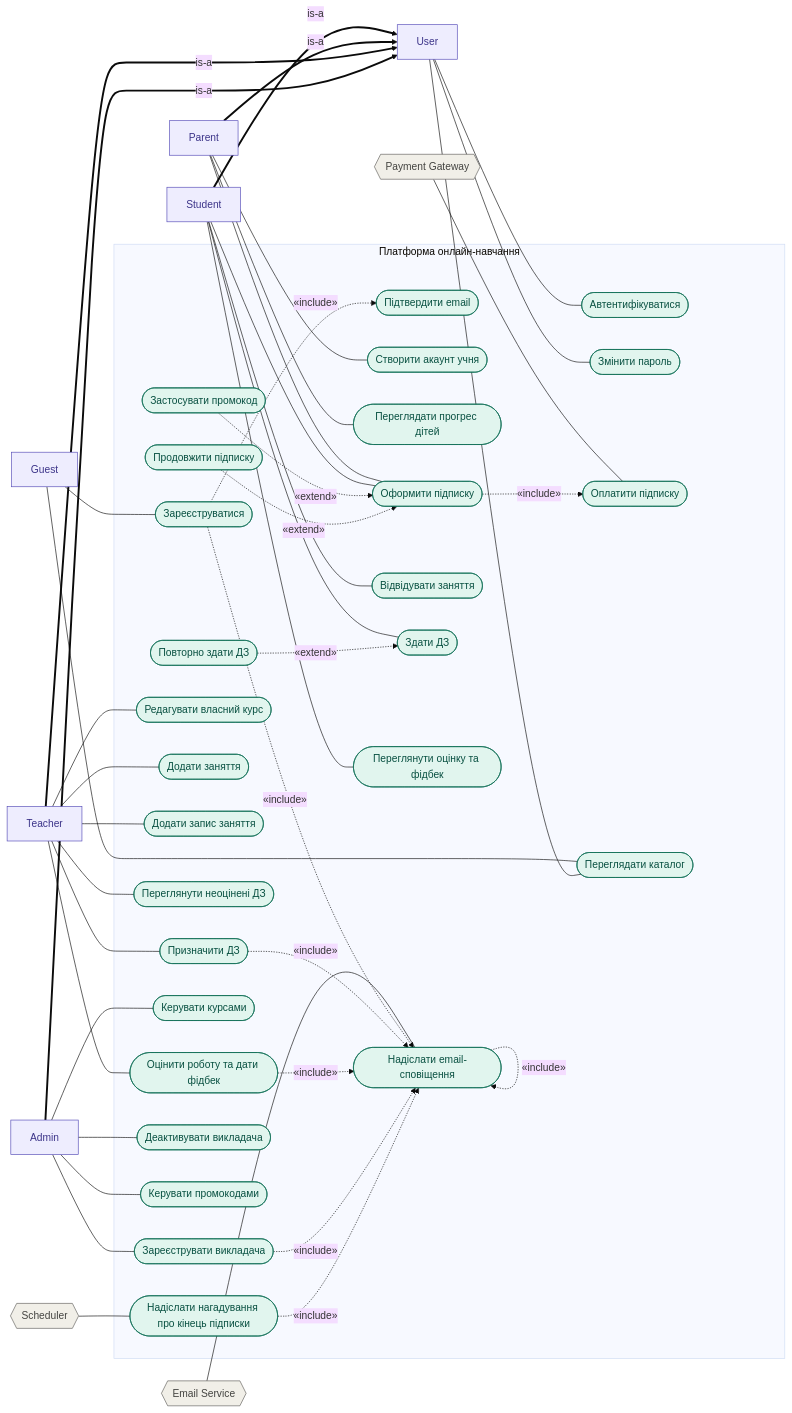
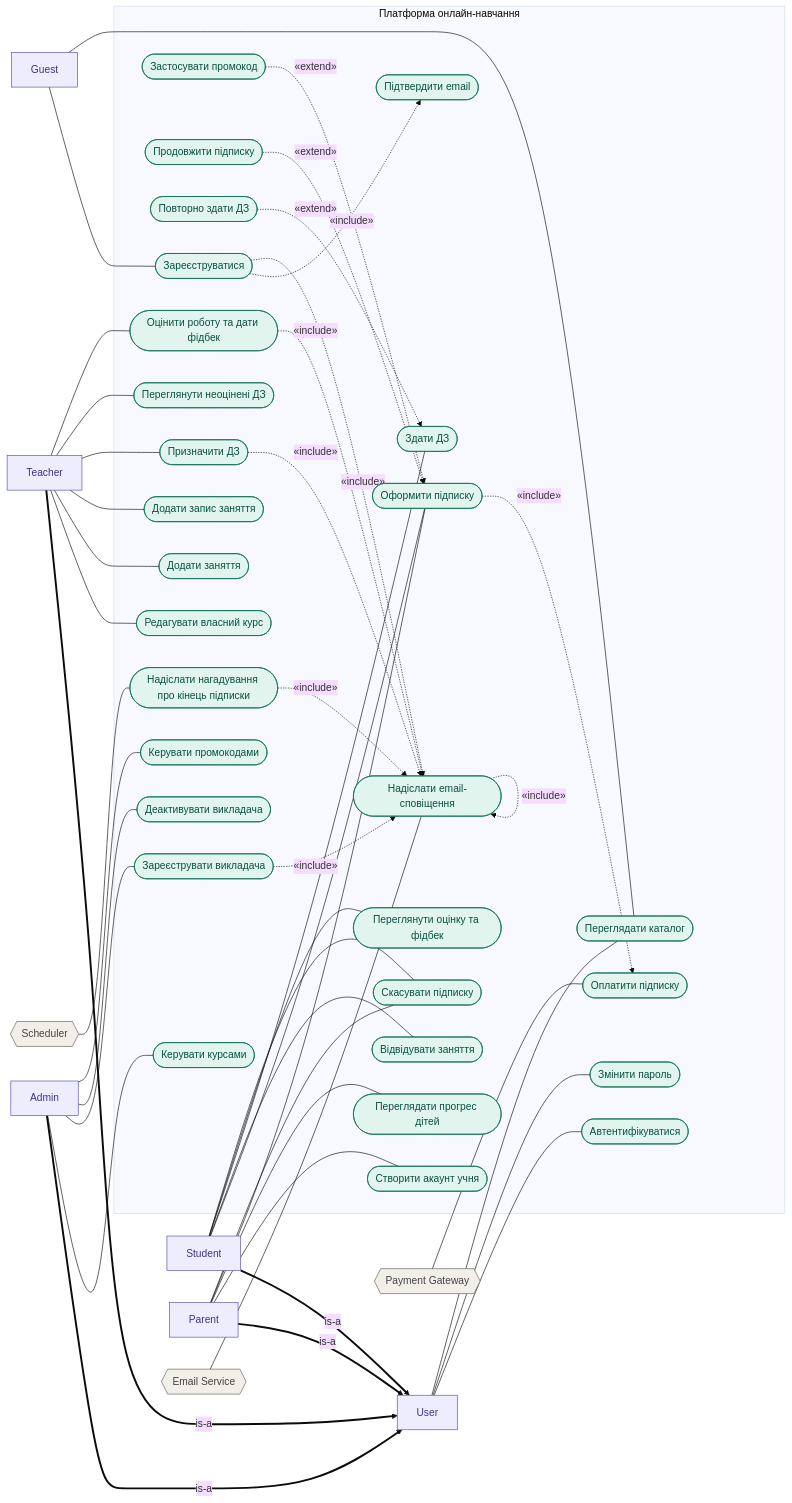
Before and after one commit to grmaryna/MathHub: the diagram in Use Cases/use-case-diagram.mmd, drawn with Mermaid (base theme).

Commit message:
змінено діаграму і додано логіку скасування підписки

```diff
--- a/Use Cases/use-case-diagram.mmd
+++ b/Use Cases/use-case-diagram.mmd
@@ -1,92 +1,95 @@
 flowchart LR
   U["User"]:::human
   G["Guest"]:::human
   S["Student"]:::human
   P["Parent"]:::human
   T["Teacher"]:::human
   A["Admin"]:::human
   PG{{"Payment Gateway"}}:::system
   ES{{"Email Service"}}:::system
   SCH{{"Scheduler"}}:::system
 
   S -->|"is-a"| U
   P -->|"is-a"| U
   T -->|"is-a"| U
   A -->|"is-a"| U
 
   subgraph SYS["Платформа онлайн-навчання"]
     UC1(["Зареєструватися"]):::uc
     UC2(["Підтвердити email"]):::uc
     UC3(["Автентифікуватися"]):::uc
     UC4(["Змінити пароль"]):::uc
     UC5(["Створити акаунт учня"]):::uc
     UC6(["Переглядати прогрес дітей"]):::uc
     UC7(["Оформити підписку"]):::uc
     UC8(["Оплатити підписку"]):::uc
     UC9(["Застосувати промокод"]):::uc
     UC10(["Продовжити підписку"]):::uc
     UC11(["Відвідувати заняття"]):::uc
     UC12(["Здати ДЗ"]):::uc
     UC13(["Повторно здати ДЗ"]):::uc
     UC14(["Переглянути оцінку та фідбек"]):::uc
     UC15(["Редагувати власний курс"]):::uc
     UC16(["Додати заняття"]):::uc
     UC17(["Додати запис заняття"]):::uc
     UC18(["Призначити ДЗ"]):::uc
     UC19(["Переглянути неоцінені ДЗ"]):::uc
     UC20(["Оцінити роботу та дати фідбек"]):::uc
     UC21(["Керувати курсами"]):::uc
     UC22(["Зареєструвати викладача"]):::uc
     UC23(["Деактивувати викладача"]):::uc
     UC24(["Керувати промокодами"]):::uc
     UC25(["Надіслати email-сповіщення"]):::uc
     UC26(["Надіслати нагадування про кінець підписки"]):::uc
     UC27(["Переглядати каталог"]):::uc
+    UC28(["Скасувати підписку"]):::uc
   end
 
   %% Асоціації
   G --- UC1
   G --- UC27
   U --- UC3
   U --- UC4
   U --- UC27
   P --- UC5
   P --- UC6
   P --- UC7
+  P --- UC28
   S --- UC7
   S --- UC11
   S --- UC12
   S --- UC14
+  S --- UC28
   T --- UC15
   T --- UC16
   T --- UC17
   T --- UC18
   T --- UC19
   T --- UC20
   A --- UC21
   A --- UC22
   A --- UC23
   A --- UC24
   PG --- UC8
   ES --- UC25
   SCH --- UC26
 
   %% include: базовий UC -> включений
   UC1 -.->|"«include»"| UC2
   UC1 -.->|"«include»"| UC25
   UC7 -.->|"«include»"| UC8
   UC18 -.->|"«include»"| UC25
   UC20 -.->|"«include»"| UC25
   UC22 -.->|"«include»"| UC25
   UC26 -.->|"«include»"| UC25
   UC25 -.->|"«include»"| UC25
 
   %% extend: розширення -> базовий UC
   UC9 -.->|"«extend»"| UC7
   UC10 -.->|"«extend»"| UC7
   UC13 -.->|"«extend»"| UC12
 
   linkStyle 0,1,2,3 stroke-width:3px
   classDef human fill:#EEEDFE,stroke:#534AB7,color:#3C3489
   classDef system fill:#F1EFE8,stroke:#5F5E5A,color:#444441
   classDef uc fill:#E1F5EE,stroke:#0F6E56,color:#085041
```
